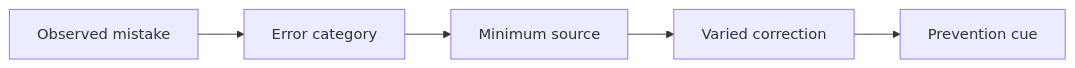
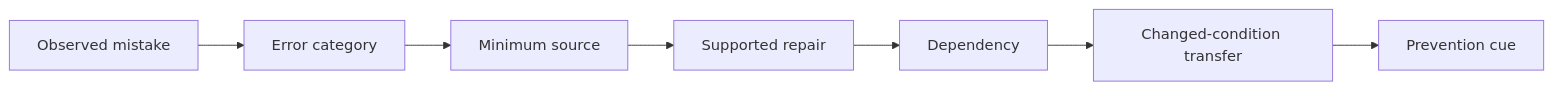
The second of 2 diagrams in docs/learning-plans/6-week/modules/day-19-rest-calculation-correction-and-catch-up.md (andrew3stedall/capstone), drawn with Mermaid before and after one commit. The commit also changed other lines of this file and 4 other files, not shown here.

````diff
--- a/docs/learning-plans/6-week/modules/day-19-rest-calculation-correction-and-catch-up.md
+++ b/docs/learning-plans/6-week/modules/day-19-rest-calculation-correction-and-catch-up.md
@@ -96,7 +126,9 @@
 ```mermaid
 flowchart LR
     E[Observed mistake] --> C[Error category]
     C --> S[Minimum source]
-    S --> V[Varied correction]
-    V --> P[Prevention cue]
+    S --> R[Supported repair]
+    R --> D[Dependency]
+    D --> T[Changed-condition transfer]
+    T --> P[Prevention cue]
 ```
````
